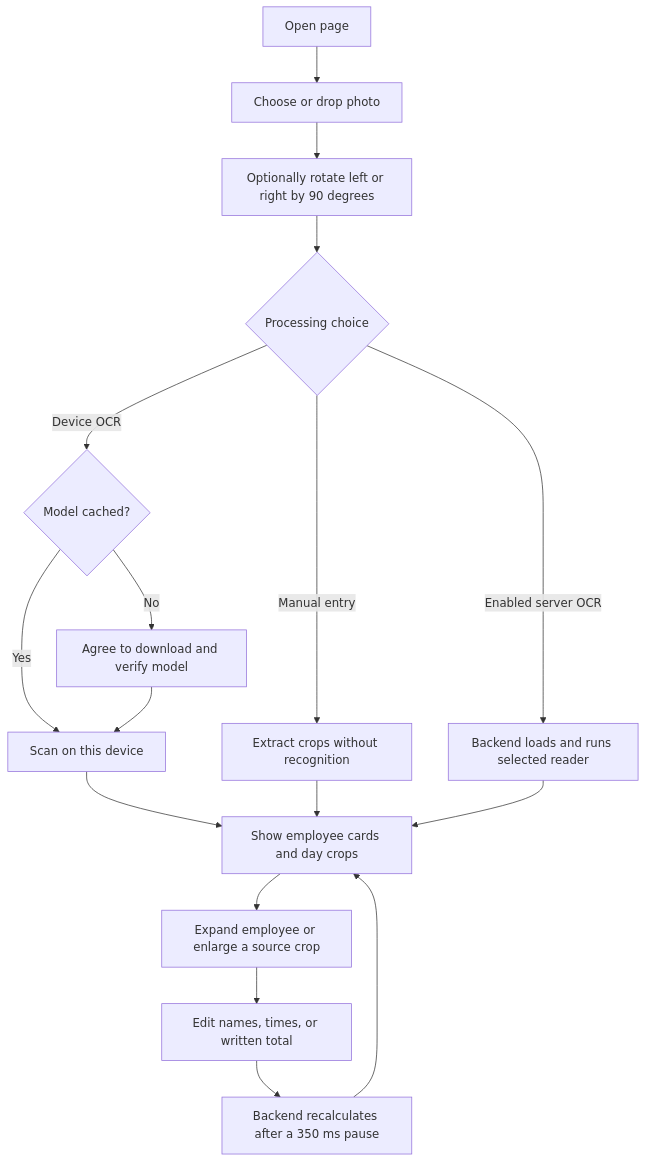
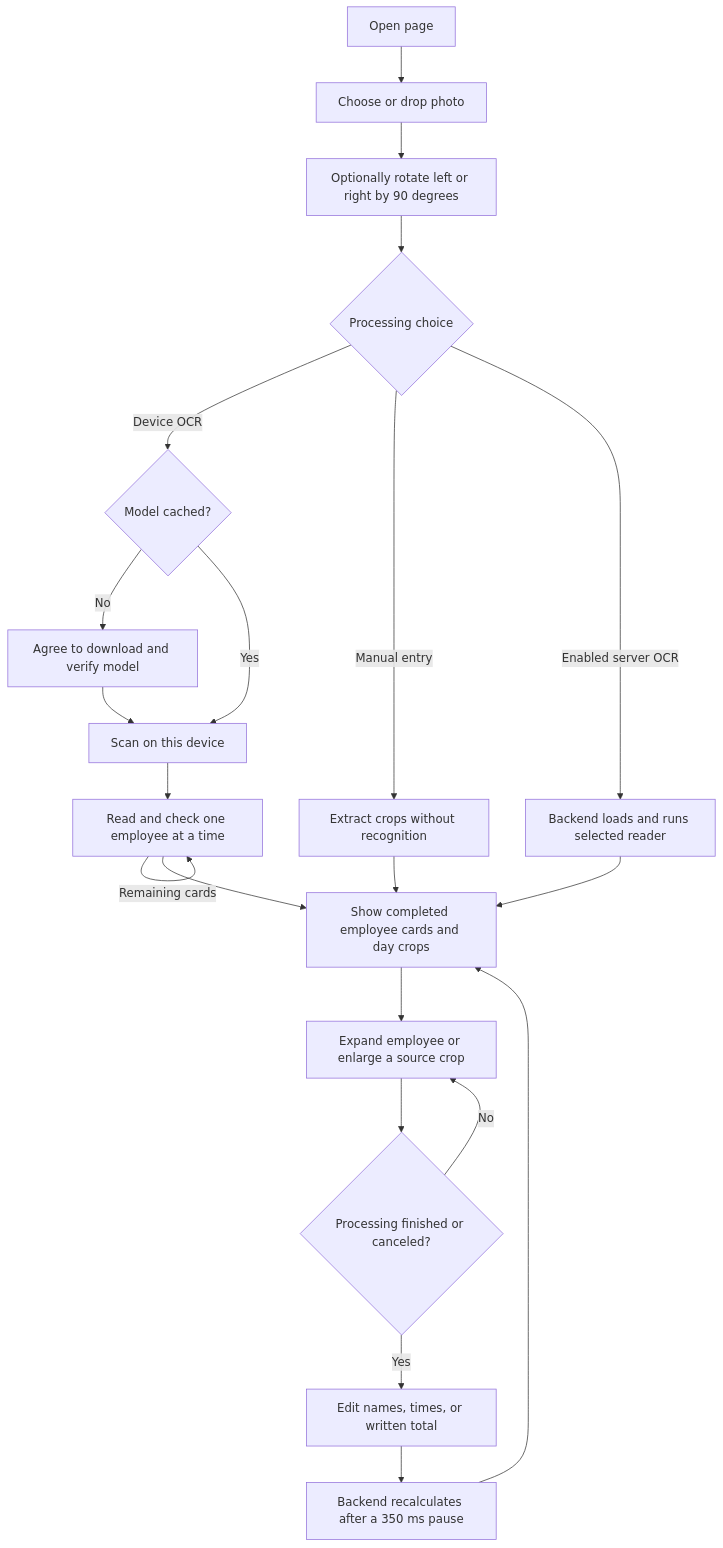
One commit to taha59/timecard_scanner_ocr changed the second of 8 diagrams in docs/FLOW_DIAGRAMS.md. Above: the diagram before and after it, drawn with Mermaid. The commit also changed other lines of this file and 15 other files, not shown here.

Commit message:
Show completed employee timecards while remaining OCR continues

````diff
--- a/docs/FLOW_DIAGRAMS.md
+++ b/docs/FLOW_DIAGRAMS.md
@@ -47,19 +47,23 @@
 ```mermaid
 flowchart TD
     Open[Open page] --> Photo[Choose or drop photo]
     Photo --> Rotate[Optionally rotate left or right by 90 degrees]
     Rotate --> Mode{Processing choice}
     Mode -->|Device OCR| Cached{Model cached?}
     Cached -->|No| Consent[Agree to download and verify model]
     Cached -->|Yes| Device[Scan on this device]
     Consent --> Device
     Mode -->|Manual entry| Manual[Extract crops without recognition]
     Mode -->|Enabled server OCR| Server[Backend loads and runs selected reader]
-    Device --> Cards[Show employee cards and day crops]
+    Device --> Live[Read and check one employee at a time]
+    Live --> Cards[Show completed employee cards and day crops]
+    Live -->|Remaining cards| Live
     Manual --> Cards
     Server --> Cards
     Cards --> Inspect[Expand employee or enlarge a source crop]
-    Inspect --> Edit[Edit names, times, or written total]
+    Inspect --> Stopped{Processing finished or canceled?}
+    Stopped -->|No| Inspect
+    Stopped -->|Yes| Edit[Edit names, times, or written total]
     Edit --> Recalculate[Backend recalculates after a 350 ms pause]
     Recalculate --> Cards
 ```
````
